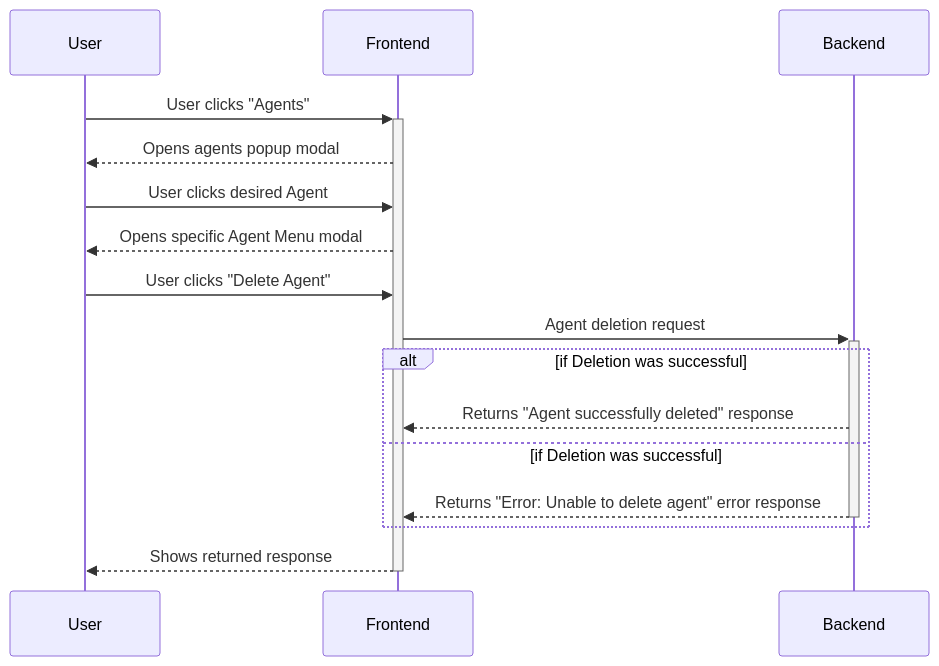
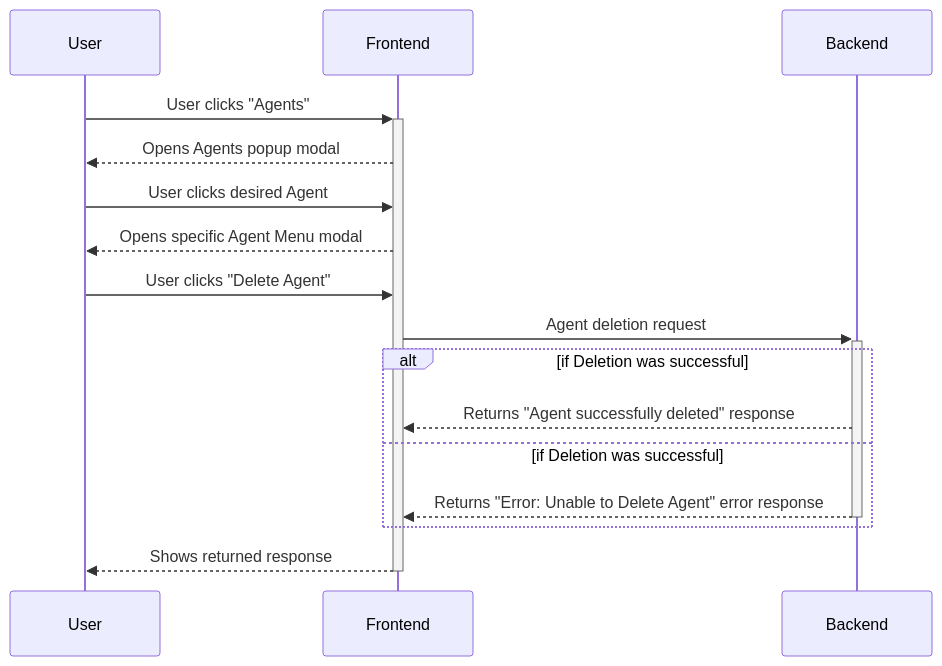
Before and after one commit to Capstone-Projects-2025-Spring/project-003-story-builder-team-1: the third of 10 diagrams in documentation/docs/system-architecture/sequence-diagrams.md, drawn with Mermaid. The commit also changed other lines of this file, not shown here.

Commit message:
Added missing sequence diagram and capitalized agent throughout

````diff
--- a/documentation/docs/system-architecture/sequence-diagrams.md
+++ b/documentation/docs/system-architecture/sequence-diagrams.md
@@ -67,18 +67,18 @@
 ```mermaid
 sequenceDiagram
     participant User
     participant Frontend
     participant Backend
     User->>+Frontend: User clicks "Agents"
-    Frontend-->>User: Opens agents popup modal
+    Frontend-->>User: Opens Agents popup modal
     User->>Frontend: User clicks desired Agent
     Frontend-->>User: Opens specific Agent Menu modal
     User->>Frontend: User clicks "Delete Agent"
     Frontend->>+Backend: Agent deletion request
     alt if Deletion was successful
         Backend-->>Frontend: Returns "Agent successfully deleted" response
     else if Deletion was successful
-        Backend-->>-Frontend: Returns "Error: Unable to delete agent" error response
+        Backend-->>-Frontend: Returns "Error: Unable to Delete Agent" error response
     end
     Frontend-->>-User: Shows returned response
 ```
````
